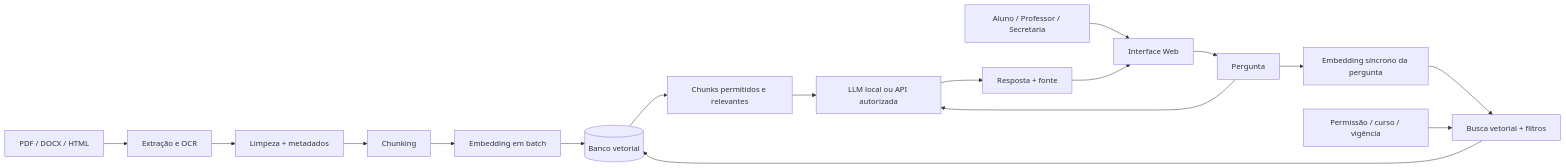
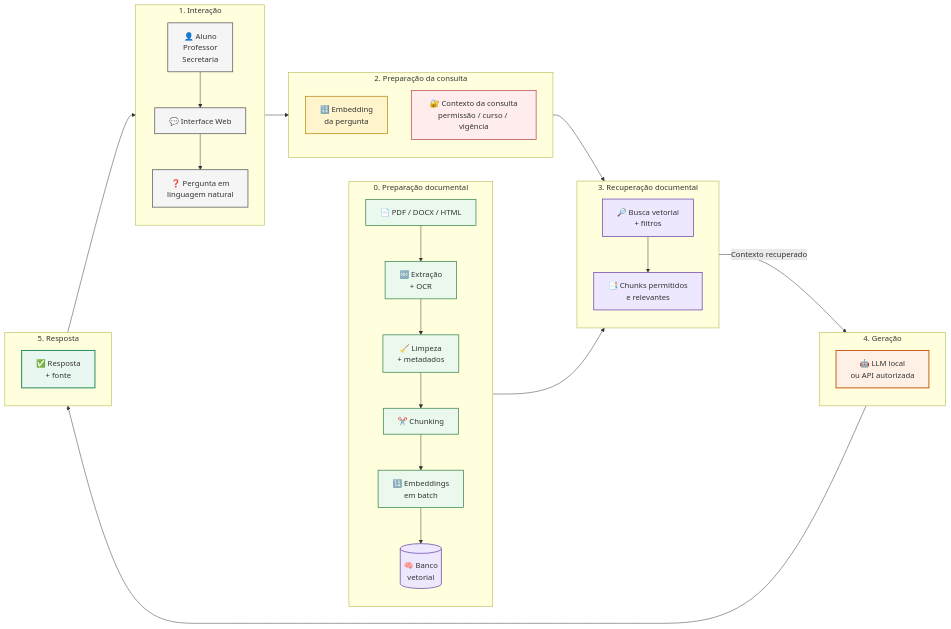
One commit to sevenRevy/Residencia-TeT-IA-Generativa-RAG changed the diagram in AULA_06/cenario_1_educacao_14_08.md. Above: the diagram before and after it, drawn with Mermaid.

Commit message:
aula06: aprimora diagrama do cenário educacional

````diff
--- a/AULA_06/cenario_1_educacao_14_08.md
+++ b/AULA_06/cenario_1_educacao_14_08.md
@@ -670,22 +670,112 @@
 ```mermaid
 flowchart LR
-    A[PDF / DOCX / HTML] --> B[Extração e OCR]
-    B --> C[Limpeza + metadados]
-    C --> D[Chunking]
-    D --> E[Embedding em batch]
-    E --> F[(Banco vetorial)]
 
-    U[Aluno / Professor / Secretaria] --> G[Interface Web]
-    G --> H[Pergunta]
-    H --> I[Embedding síncrono da pergunta]
-    I --> J[Busca vetorial + filtros]
+    %% =========================
+    %% 0. PREPARAÇÃO DOCUMENTAL
+    %% =========================
+    subgraph ING["0. Preparação documental"]
+        direction TB
 
-    AC[Permissão / curso / vigência] --> J
+        A["📄 PDF / DOCX / HTML"]
+        B["🔤 Extração<br/>+ OCR"]
+        C["🧹 Limpeza<br/>+ metadados"]
+        D["✂️ Chunking"]
+        E["🔢 Embeddings<br/>em batch"]
+        F[("🧠 Banco<br/>vetorial")]
 
-    J --> F
-    F --> K[Chunks permitidos e relevantes]
-    K --> L[LLM local ou API autorizada]
-    H --> L
-    L --> M[Resposta + fonte]
+        A --> B
+        B --> C
+        C --> D
+        D --> E
+        E --> F
+    end
+
+
+    %% =========================
+    %% 1. INTERAÇÃO
+    %% =========================
+    subgraph UI["1. Interação"]
+        direction TB
+
+        U["👤 Aluno<br/>Professor<br/>Secretaria"]
+        G["💬 Interface Web"]
+        H["❓ Pergunta em<br/>linguagem natural"]
+
+        U --> G
+        G --> H
+    end
+
+
+    %% =========================
+    %% 2. PREPARAÇÃO DA CONSULTA
+    %% =========================
+    subgraph QUERY["2. Preparação da consulta"]
+        direction TB
+
+        I["🔢 Embedding <br/>da pergunta"]
+        AC["🔐 Contexto da consulta<br/>permissão / curso / vigência"]
+
+        H --> I
+    end
+
+
+    %% =========================
+    %% 3. RECUPERAÇÃO
+    %% =========================
+    subgraph RET["3. Recuperação documental"]
+        direction TB
+
+        J["🔎 Busca vetorial<br/>+ filtros"]
+        K["📑 Chunks permitidos<br/>e relevantes"]
+
+        J --> K
+    end
+
+    AC --> J
+    F --> J
+
+
+    %% =========================
+    %% 4. GERAÇÃO
+    %% =========================
+    subgraph GEN["4. Geração"]
+        direction TB
+
+        L["🤖 LLM local<br/>ou API autorizada"]
+    end
+
+    K -->|"Contexto recuperado"| L
+
+
+    %% =========================
+    %% 5. RESPOSTA
+    %% =========================
+    subgraph OUT["5. Resposta"]
+        direction TB
+
+        M["✅ Resposta<br/>+ fonte"]
+    end
+
+    L --> M
     M --> G
+
+
+    %% =========================
+    %% ESTILO
+    %% =========================
+    classDef user fill:#f5f5f5,stroke:#555,stroke-width:1.5px
+    classDef query fill:#fff4cc,stroke:#b8860b,stroke-width:1.5px
+    classDef rag fill:#eee8ff,stroke:#6842a8,stroke-width:1.5px
+    classDef ingest fill:#eaf8ee,stroke:#37854a,stroke-width:1.5px
+    classDef security fill:#ffecec,stroke:#b84a4a,stroke-width:1.5px
+    classDef llm fill:#fff0e6,stroke:#c55a11,stroke-width:2px
+    classDef output fill:#e8f8f1,stroke:#25865a,stroke-width:2px
+
+    class U,G,H user
+    class I query
+    class AC security
+    class J,F,K rag
+    class A,B,C,D,E ingest
+    class L llm
+    class M output
 ```
````
